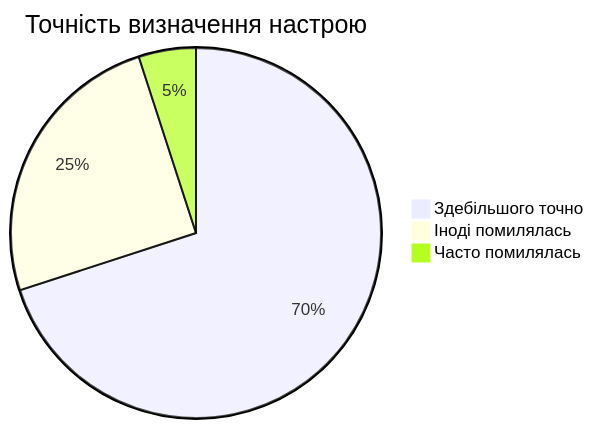
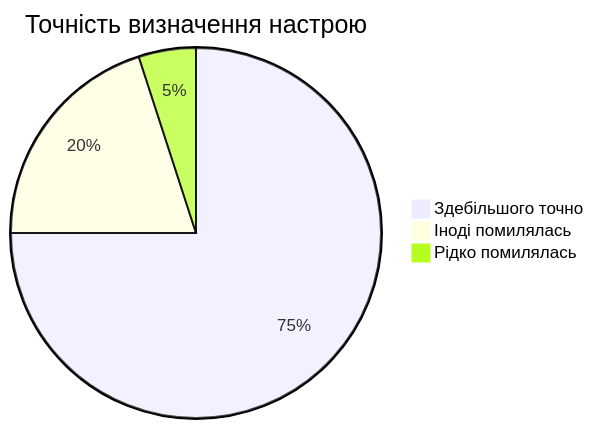
Before and after one commit to Djungarik/MastersDiploma: diagram 12 of 15 in Кваліфікаційна_робота_магістра.md, drawn with Mermaid. The commit also changed other lines of this file and 125 other files, not shown here.

First line of the commit message:
Thesis review fixes: sequential audio transitions, tests, experiments, diagrams

````diff
--- a/Кваліфікаційна_робота_магістра.md
+++ b/Кваліфікаційна_робота_магістра.md
@@ -1236,6 +1038,6 @@
 ```mermaid
 pie title Точність визначення настрою
-    "Здебільшого точно" : 70
-    "Іноді помилялась" : 25
-    "Часто помилялась" : 5
+    "Здебільшого точно" : 75
+    "Іноді помилялась" : 20
+    "Рідко помилялась" : 5
 ```
````
